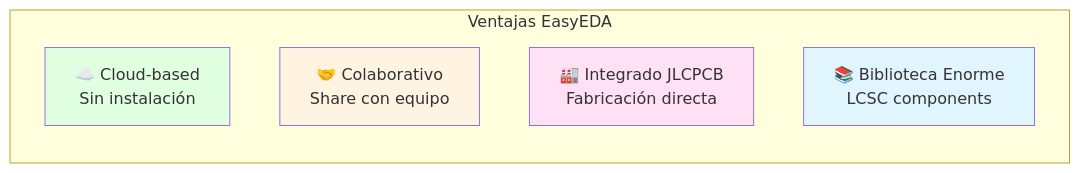
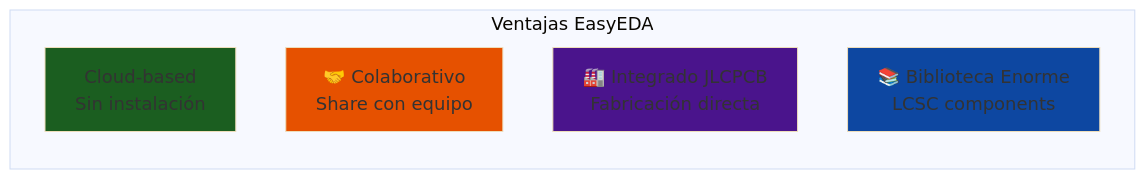
Before and after one commit to Ai-Whisperers/Courses-Content: the eighth of 11 diagrams in courses/🟡-development/FPUNA-2026/02-ELECTRONICA-AUTOMATIZACION/01-diseno-circuitos-ia.md, drawn with Mermaid. The commit also changed other lines of this file and 47 other files, not shown here.

First line of the commit message:
fix: Make all 473 diagrams WCAG AAA accessible (FPUNA-2026)

````diff
--- a/courses/🟡-development/FPUNA-2026/02-ELECTRONICA-AUTOMATIZACION/01-diseno-circuitos-ia.md
+++ b/courses/🟡-development/FPUNA-2026/02-ELECTRONICA-AUTOMATIZACION/01-diseno-circuitos-ia.md
@@ -431,14 +438,15 @@
 ```mermaid
+%%{init: {'theme':'base', 'themeVariables': {'fontSize':'18px'}}}%%
 graph LR
     subgraph "Ventajas EasyEDA"
-        A[☁️ Cloud-based<br/>Sin instalación]
+        A[Cloud-based<br/>Sin instalación]
         B[🤝 Colaborativo<br/>Share con equipo]
         C[🏭 Integrado JLCPCB<br/>Fabricación directa]
         D[📚 Biblioteca Enorme<br/>LCSC components]
     end
     
-    style A fill:#E1FFE1
-    style B fill:#FFF4E1
-    style C fill:#FFE1F5
-    style D fill:#E1F5FF
+    style A fill:#1b5e20
+    style B fill:#e65100
+    style C fill:#4a148c
+    style D fill:#0d47a1
 ```
````
